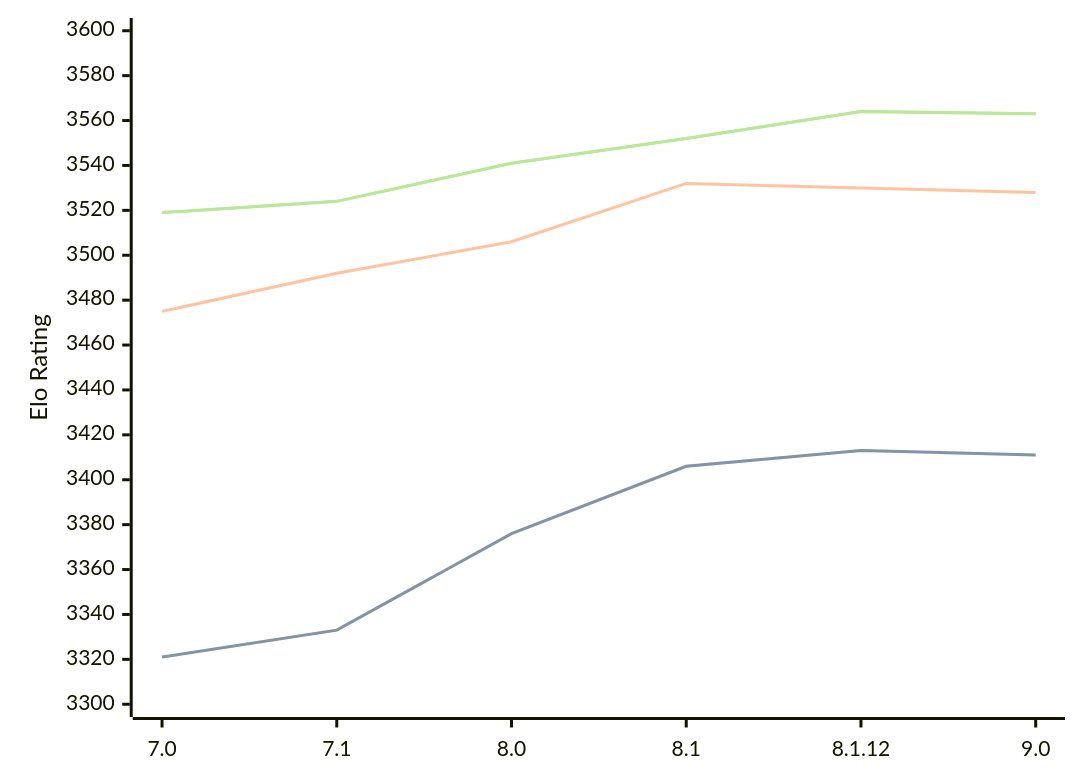
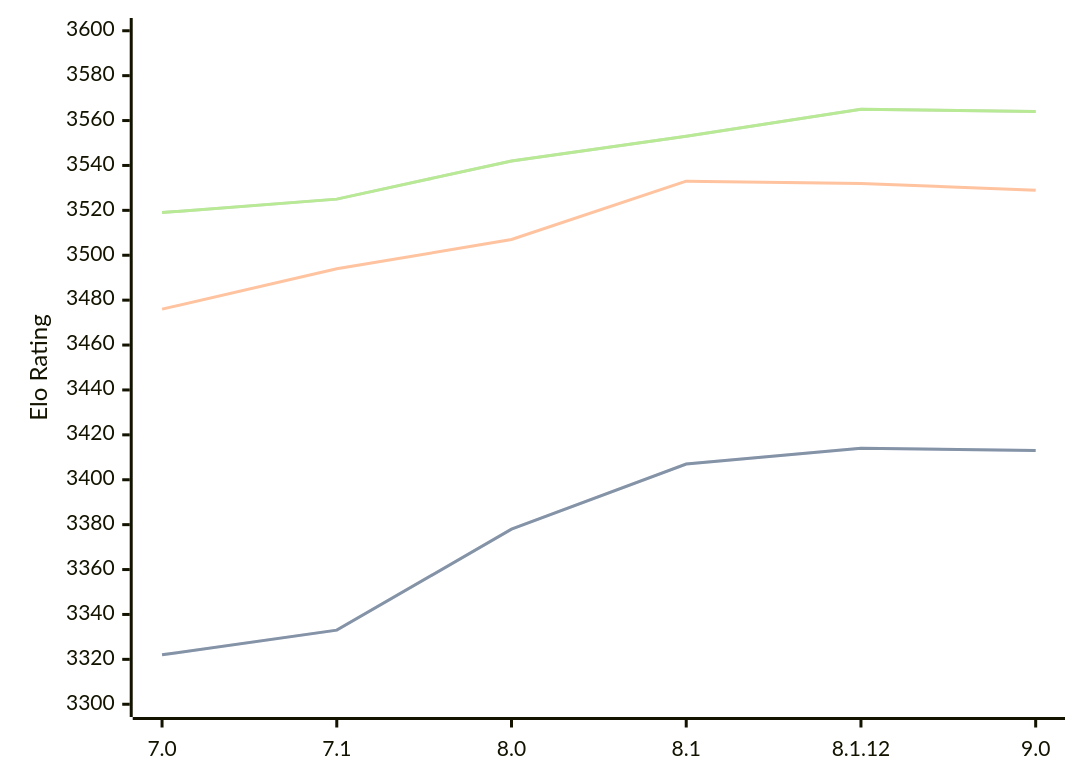
The third of 3 diagrams in engines/Alexandria.md (computer-chess-index/cci), drawn with Mermaid before and after one commit. The commit also changed other lines of this file, not shown here.

Commit message:
Update CCI Ratings (ELO VLTC) - 2026-06-30

````diff
--- a/engines/Alexandria.md
+++ b/engines/Alexandria.md
@@ -88,11 +88,11 @@
 ```mermaid
 %%{init: {"theme":"base","themeVariables":{"seriesColors:['#a3a3a3','#222221','#faa371']}}}%%
 xychart-beta
   x-axis ["7.0", "7.1", "8.0", "8.1", "8.1.12", "9.0"]
   y-axis "Elo Rating" 3300 --> 3600
-  line "STC (8.0+0.08s)" [3321, 3333, 3376, 3406, 3413, 3411]
-  line "STC (8.0+0.08s)" [3321, 3333, 3376, 3406, 3413, 3411]
-  line "LTC (60.0+0.60s)" [3475, 3492, 3506, 3532, 3530, 3528]
-  line "VLTC (2m24s+1.12s)" [3519, 3524, 3541, 3552, 3564, 3563]
-  line "VLTC (2m24s+1.12s)" [3519, 3524, 3541, 3552, 3564, 3563]
+  line "STC (8.0+0.08s)" [3322, 3333, 3378, 3407, 3414, 3413]
+  line "STC (8.0+0.08s)" [3322, 3333, 3378, 3407, 3414, 3413]
+  line "LTC (60.0+0.60s)" [3476, 3494, 3507, 3533, 3532, 3529]
+  line "VLTC (2m24s+1.12s)" [3519, 3525, 3542, 3553, 3565, 3564]
+  line "VLTC (2m24s+1.12s)" [3519, 3525, 3542, 3553, 3565, 3564]
 ```
````
